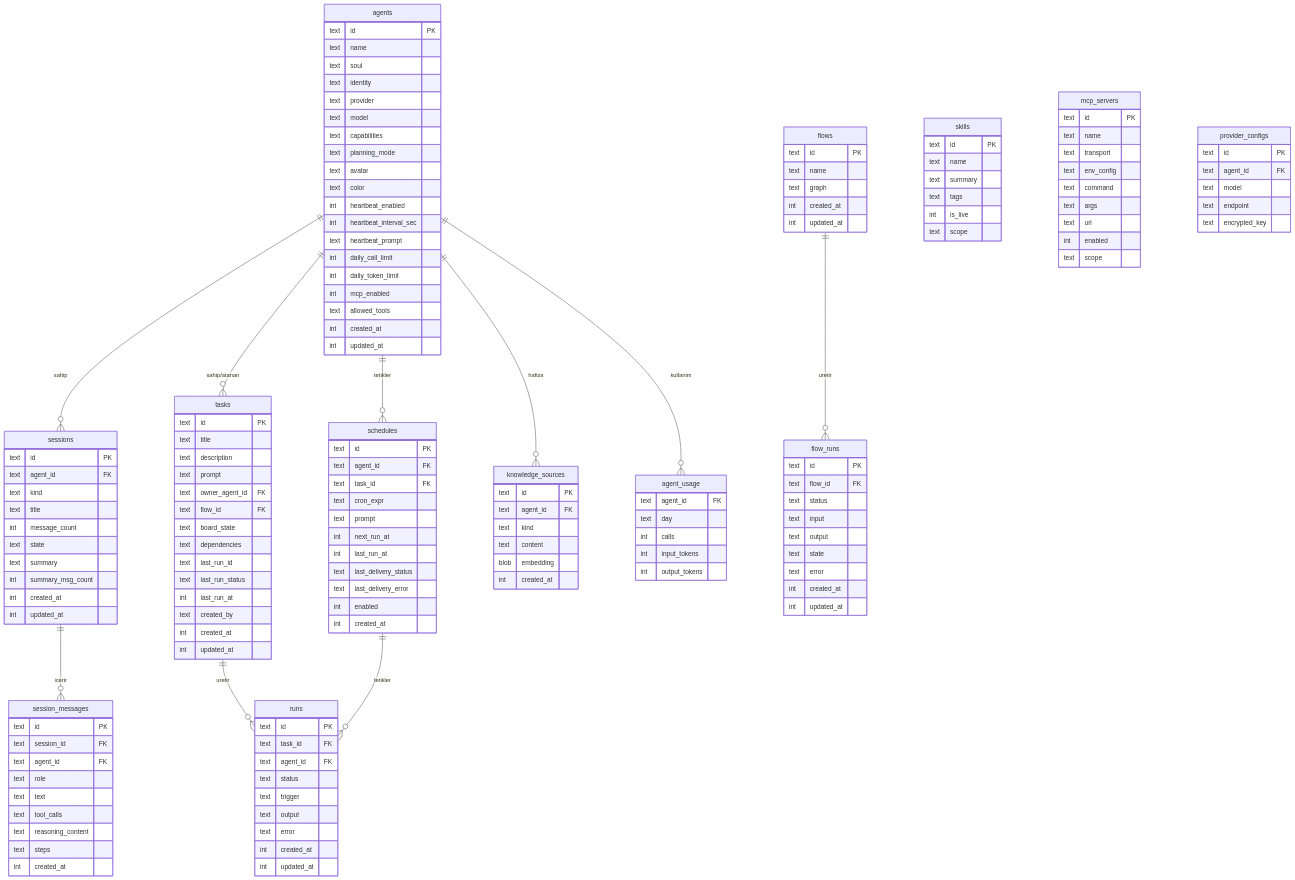
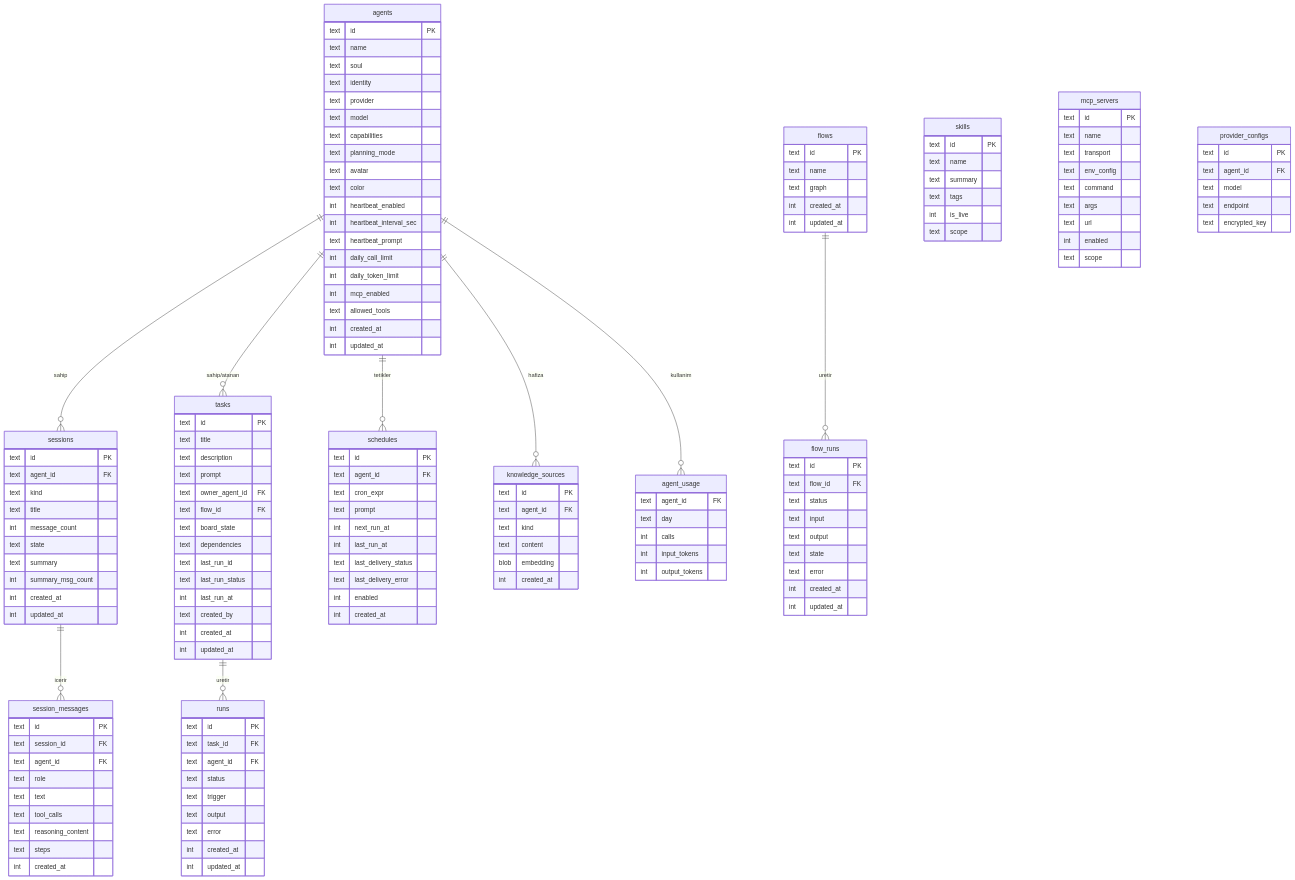
One commit to bilal-arikan/tionharness changed the diagram in _Docs/02-VERI-MODELI.md. Above: the diagram before and after it, drawn with Mermaid. The commit also changed other lines of this file and 19 other files, not shown here.

```diff
--- a/_Docs/02-VERI-MODELI.md
+++ b/_Docs/02-VERI-MODELI.md
@@ -16,7 +16,6 @@
     agents ||--o{ tasks : "sahip/atanan"
     agents ||--o{ schedules : "tetikler"
     tasks ||--o{ runs : "uretir"
-    schedules ||--o{ runs : "tetikler"
     agents ||--o{ knowledge_sources : "hafiza"
     agents ||--o{ agent_usage : "kullanim"
     flows ||--o{ flow_runs : "uretir"
@@ -91,7 +90,6 @@
     schedules {
         text id PK
         text agent_id FK
-        text task_id FK
         text cron_expr
         text prompt
         int  next_run_at
```
